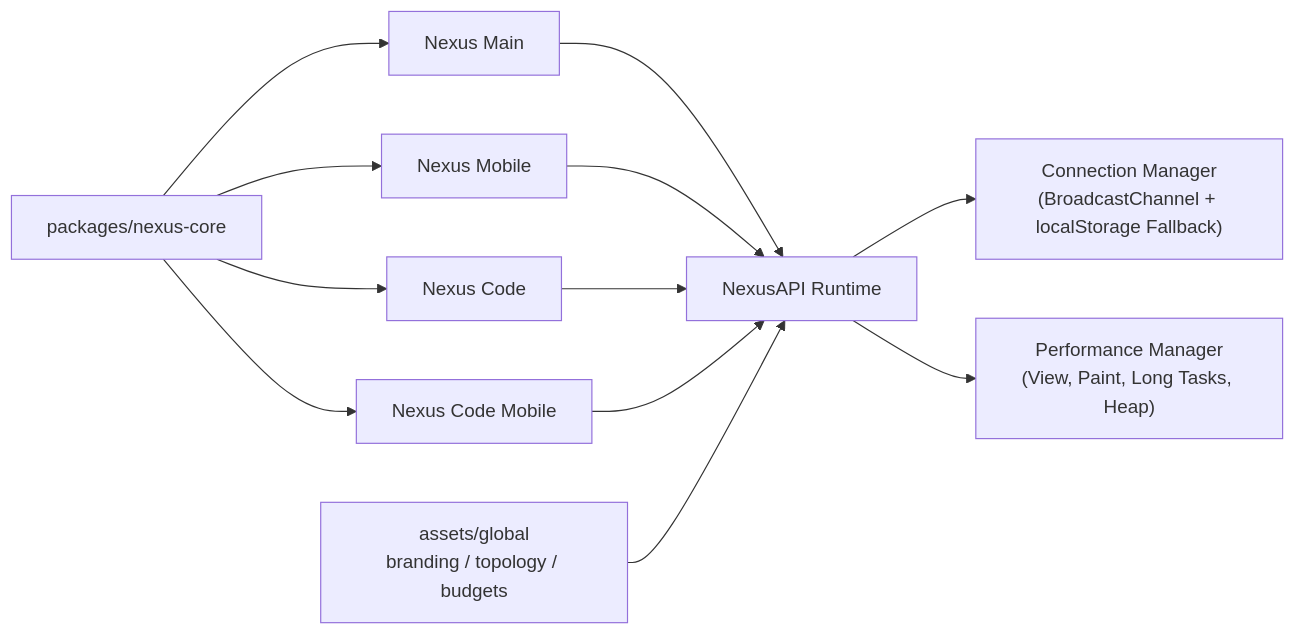
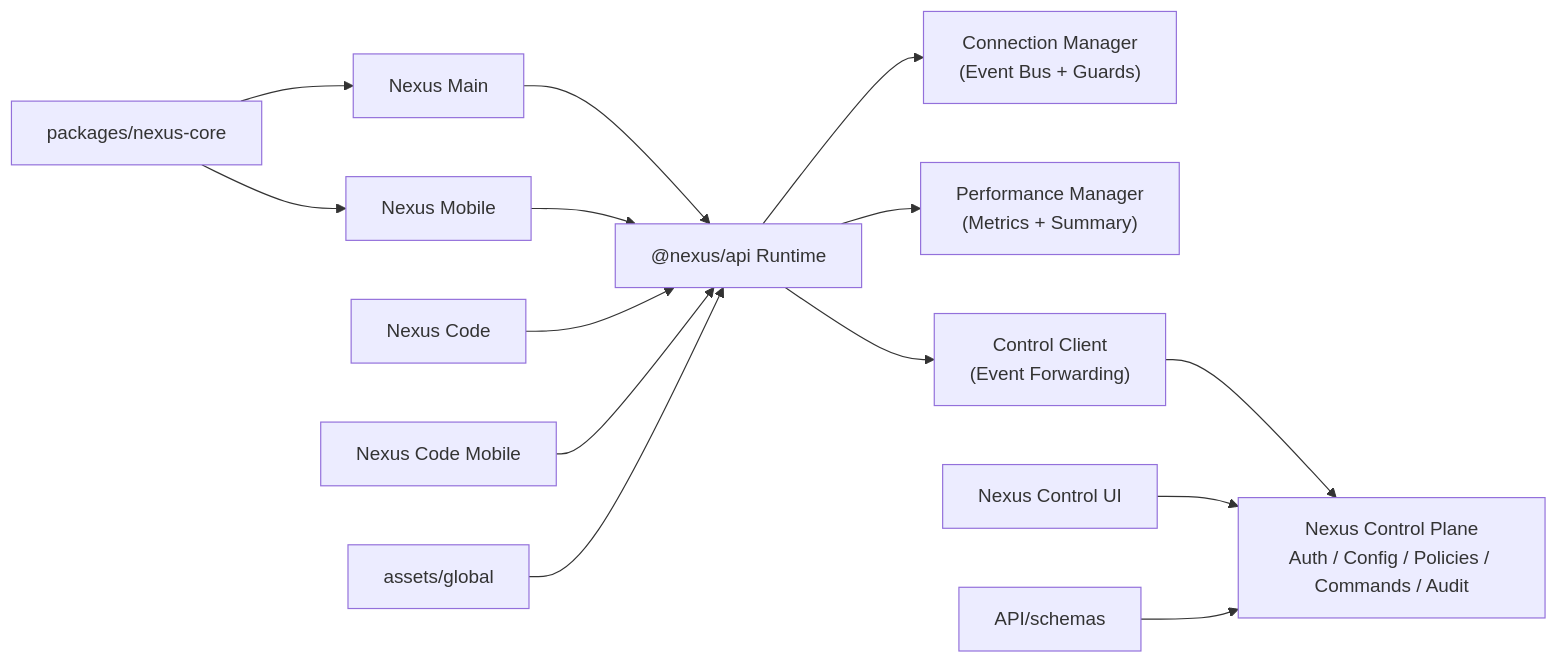
One commit to YoungJibbit95/Nexus-Ecosystem changed the diagram in README.md. Above: the diagram before and after it, drawn with Mermaid. The commit also changed other lines of this file and 62 other files, not shown here.

````diff
--- a/README.md
+++ b/README.md
@@ -60,17 +60,19 @@
 ```mermaid
 flowchart LR
-    A["Nexus Main"] --> E["NexusAPI Runtime"]
-    B["Nexus Mobile"] --> E
-    C["Nexus Code"] --> E
-    D["Nexus Code Mobile"] --> E
+  A["Nexus Main"] --> R["@nexus/api Runtime"]
+  B["Nexus Mobile"] --> R
+  C["Nexus Code"] --> R
+  D["Nexus Code Mobile"] --> R
 
-    E --> F["Connection Manager\n(BroadcastChannel + localStorage Fallback)"]
-    E --> G["Performance Manager\n(View, Paint, Long Tasks, Heap)"]
+  R --> E["Connection Manager\n(Event Bus + Guards)"]
+  R --> F["Performance Manager\n(Metrics + Summary)"]
+  R --> G["Control Client\n(Event Forwarding)"]
 
-    H["packages/nexus-core"] --> A
-    H --> B
-    H --> C
-    H --> D
+  G --> H["Nexus Control Plane\nAuth / Config / Policies / Commands / Audit"]
+  I["Nexus Control UI"] --> H
 
-    I["assets/global\nbranding / topology / budgets"] --> E
+  J["API/schemas"] --> H
+  K["packages/nexus-core"] --> A
+  K --> B
+  L["assets/global"] --> R
 ```
````
